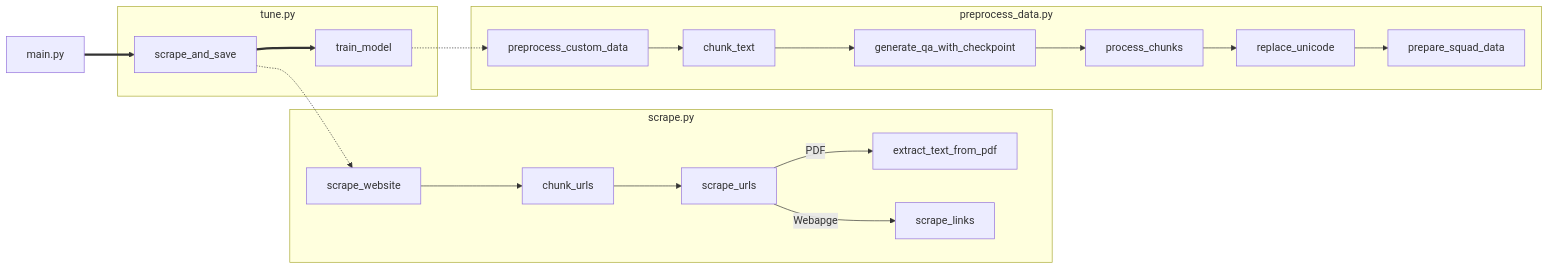
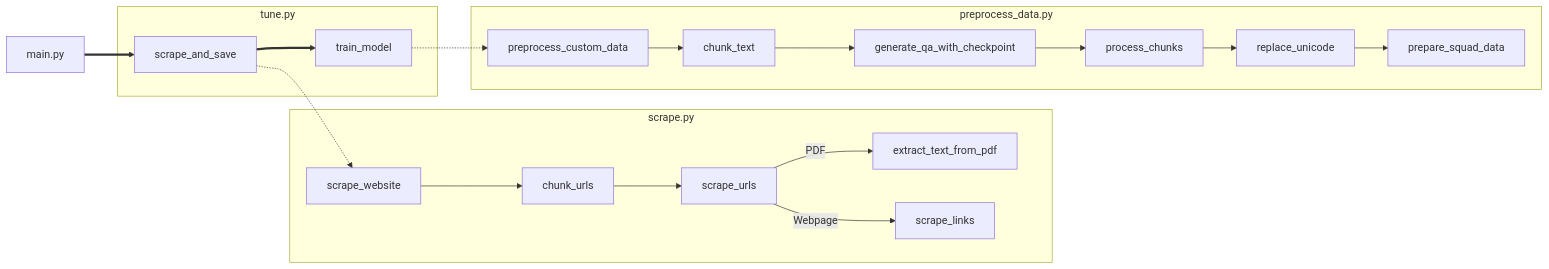
One commit to ian-young/transformers changed the diagram in README.md. Above: the diagram before and after it, drawn with Mermaid.

Commit message:
Update README.md
Fix typo

````diff
--- a/README.md
+++ b/README.md
@@ -9,34 +9,34 @@
 ```mermaid
     flowchart LR
     subgraph tune.py
         scrape_and_save
         train_model
     end
     subgraph scrape.py
         chunk_urls
         scrape_website
         scrape_urls
         extract_text_from_pdf
         scrape_links
     end
     subgraph preprocess_data.py
         generate_qa_with_checkpoint
         chunk_text
         preprocess_custom_data
         process_chunks
         prepare_squad_data
         replace_unicode
 
     end
 
     main.py ==> scrape_and_save ==> train_model
 
     scrape_and_save -.-> scrape_website
     scrape_website --> chunk_urls --> scrape_urls
     scrape_urls --PDF--> extract_text_from_pdf
-    scrape_urls --Webapge--> scrape_links
+    scrape_urls --Webpage--> scrape_links
 
     train_model -.-> preprocess_custom_data
 
     preprocess_custom_data --> chunk_text --> generate_qa_with_checkpoint --> process_chunks --> replace_unicode --> prepare_squad_data
 ```
````
